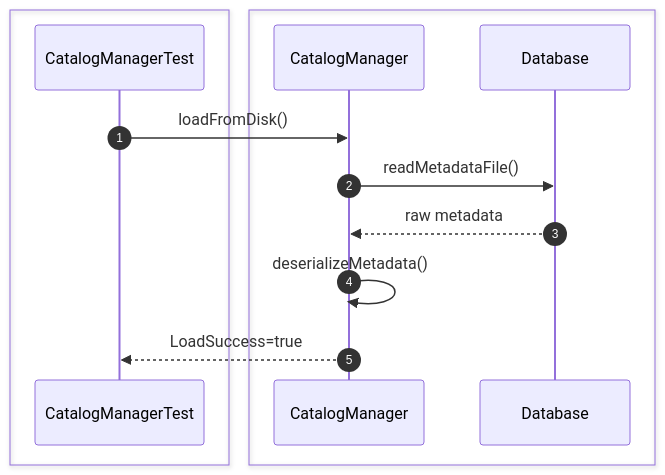
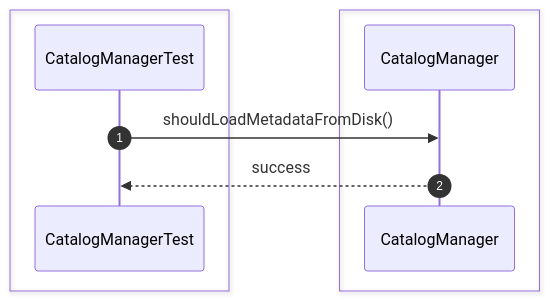
One commit to Huy1801214/dbms-architecture changed diagram 11 of 28 in src/sequence/catalog.md. Above: the diagram before and after it, drawn with Mermaid. The commit also changed other lines of this file and 68 other files, not shown here.

Commit message:
implement comprehensive unit test suite and architectural sequence documentation

````diff
--- a/src/sequence/catalog.md
+++ b/src/sequence/catalog.md
@@ -236,21 +156,13 @@
 ```mermaid
 sequenceDiagram
     autonumber
     box #e1f5fe Test Suite
     participant Test as CatalogManagerTest
     end
-    box #e8f5e9 Catalog Objects
-    participant Catalog as CatalogManager
-    participant DB as Database
+    box #e8f5e9 CatalogManager Component
+    participant CM as CatalogManager
     end
 
-    Test->>Catalog: loadFromDisk()
-
-    Catalog->>DB: readMetadataFile()
-
-    DB-->>Catalog: raw metadata
-
-    Catalog->>Catalog: deserializeMetadata()
-
-    Catalog-->>Test: LoadSuccess=true
+    Test->>CM: shouldLoadMetadataFromDisk()
+    CM-->>Test: success
 ```
````
